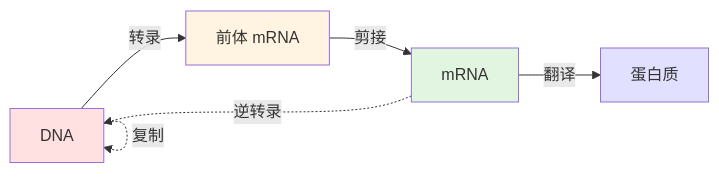
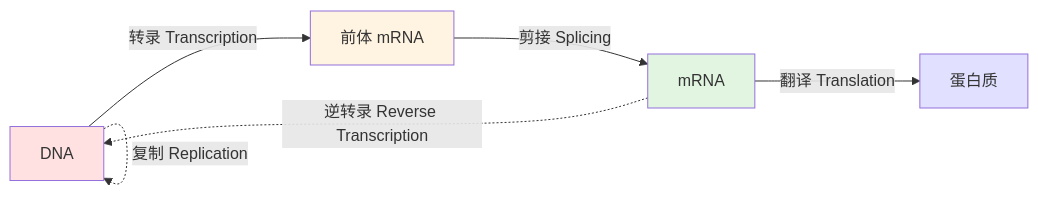
The seventh of 9 diagrams in Biology/Genes.md (xieguaiwu/Notes), drawn with Mermaid before and after one commit. The commit also changed other lines of this file and 5 other files, not shown here.

````diff
--- a/Biology/Genes.md
+++ b/Biology/Genes.md
@@ -305,14 +338,14 @@
 ```mermaid
 graph LR
-    A[DNA] -->|转录| B[前体 mRNA]
-    B -->|剪接| C[mRNA]
-    C -->|翻译| D[蛋白质]
+    A[DNA] -->|转录 Transcription| B[前体 mRNA]
+    B -->|剪接 Splicing| C[mRNA]
+    C -->|翻译 Translation| D[蛋白质]
     
-    A -.->|复制| A
-    C -.->|逆转录| A
+    A -.->|复制 Replication| A
+    C -.->|逆转录 Reverse Transcription| A
 
     style A fill:#ffe1e1
     style B fill:#fff4e1
     style C fill:#e1f5e1
     style D fill:#e1e1ff
 ```
````
